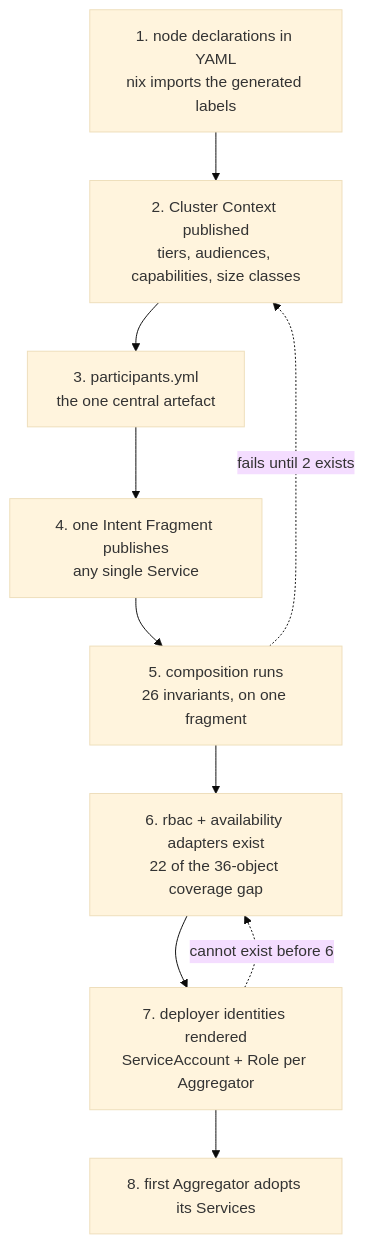
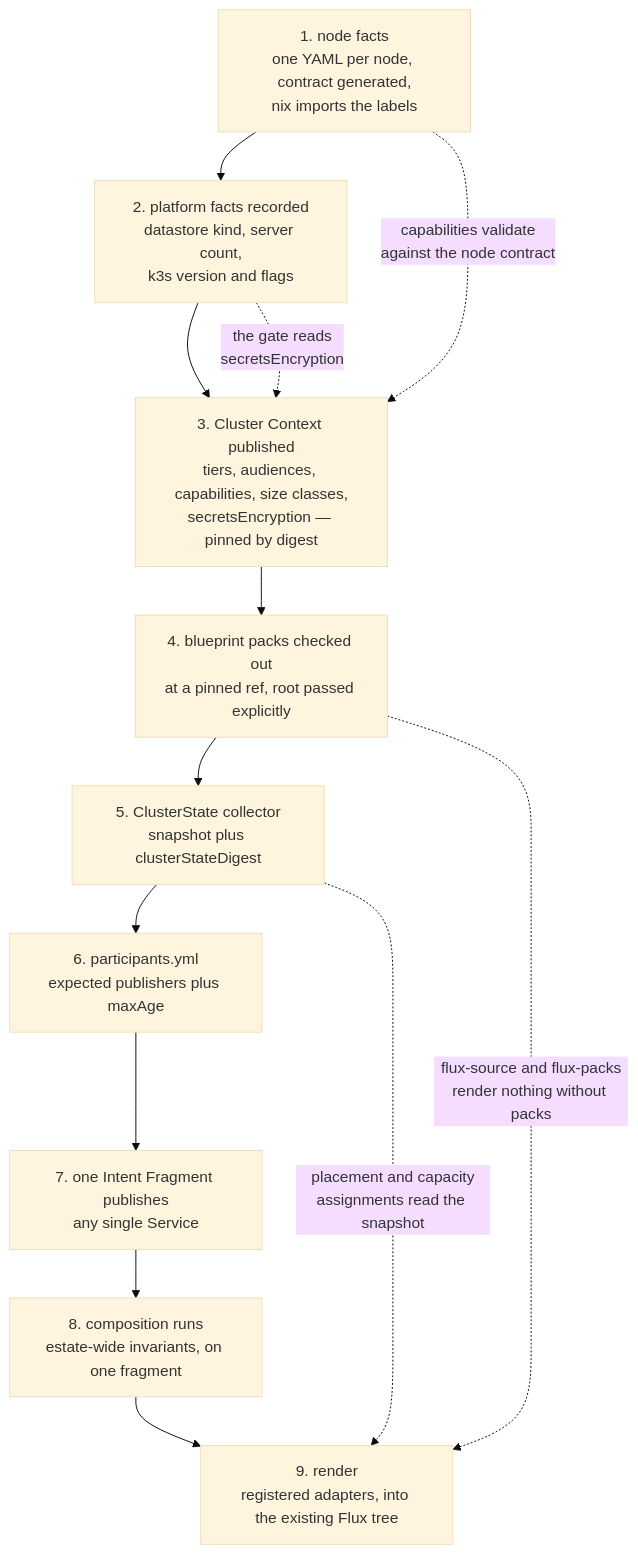
Before and after one commit to JorisJonkers-dev/deploy-config-schema: the diagram in spec/v1/60-setup.md, drawn with Mermaid (base theme). The commit also changed other lines of this file and 110 other files, not shown here.

````diff
--- a/spec/v1/60-setup.md
+++ b/spec/v1/60-setup.md
@@ -11,15 +20,18 @@
 ```mermaid
 flowchart TB
-    A["1. node declarations in YAML<br/>nix imports the generated labels"]
-    B["2. Cluster Context published<br/>tiers, audiences, capabilities, size classes"]
-    C["3. participants.yml<br/>the one central artefact"]
-    D["4. one Intent Fragment publishes<br/>any single Service"]
-    E["5. composition runs<br/>26 invariants, on one fragment"]
-    F["6. rbac + availability adapters exist<br/>22 of the 36-object coverage gap"]
-    G["7. deployer identities rendered<br/>ServiceAccount + Role per Aggregator"]
-    H["8. first Aggregator adopts its Services"]
+    A["1. node facts<br/>one YAML per node, contract generated,<br/>nix imports the labels"]
+    B["2. platform facts recorded<br/>datastore kind, server count,<br/>k3s version and flags"]
+    C["3. Cluster Context published<br/>tiers, audiences, capabilities, size classes,<br/>secretsEncryption — pinned by digest"]
+    D["4. blueprint packs checked out<br/>at a pinned ref, root passed explicitly"]
+    E["5. ClusterState collector<br/>snapshot plus clusterStateDigest"]
+    F["6. participants.yml<br/>expected publishers plus maxAge"]
+    G["7. one Intent Fragment publishes<br/>any single Service"]
+    H["8. composition runs<br/>estate-wide invariants, on one fragment"]
+    I["9. render<br/>registered adapters, into the existing Flux tree"]
 
-    A --> B --> C --> D --> E --> F --> G --> H
-    E -.->|"fails until 2 exists"| B
-    G -.->|"cannot exist before 6"| F
+    A --> B --> C --> D --> E --> F --> G --> H --> I
+    A -.->|"capabilities validate<br/>against the node contract"| C
+    B -.->|"the gate reads<br/>secretsEncryption"| C
+    D -.->|"flux-source and flux-packs<br/>render nothing without packs"| I
+    E -.->|"placement and capacity<br/>assignments read the snapshot"| I
 ```
````
